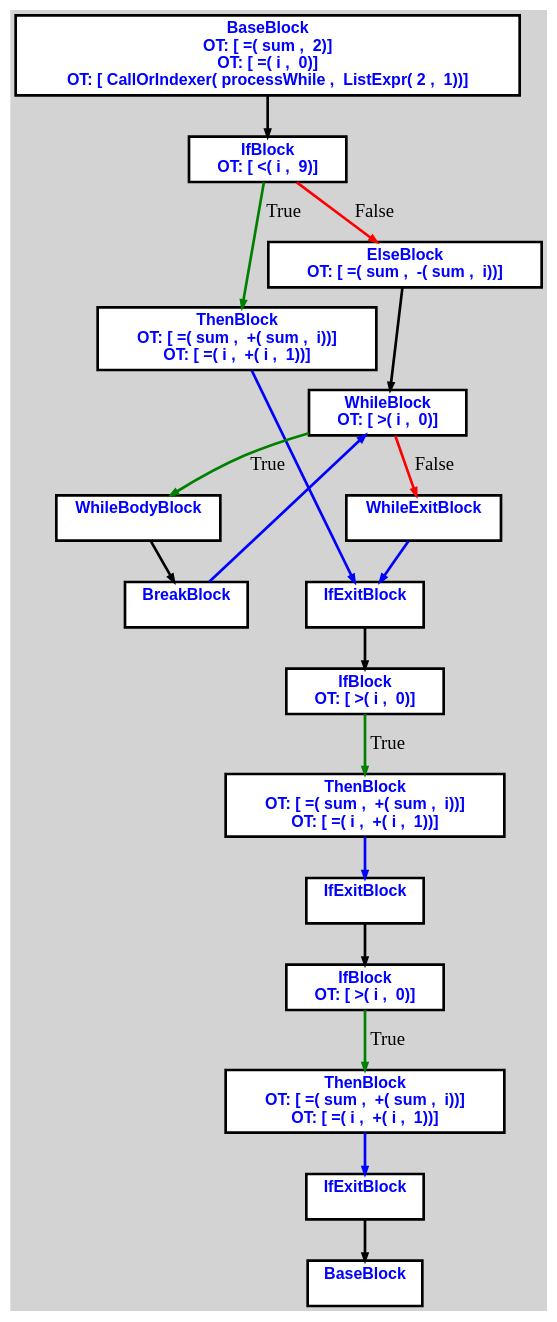
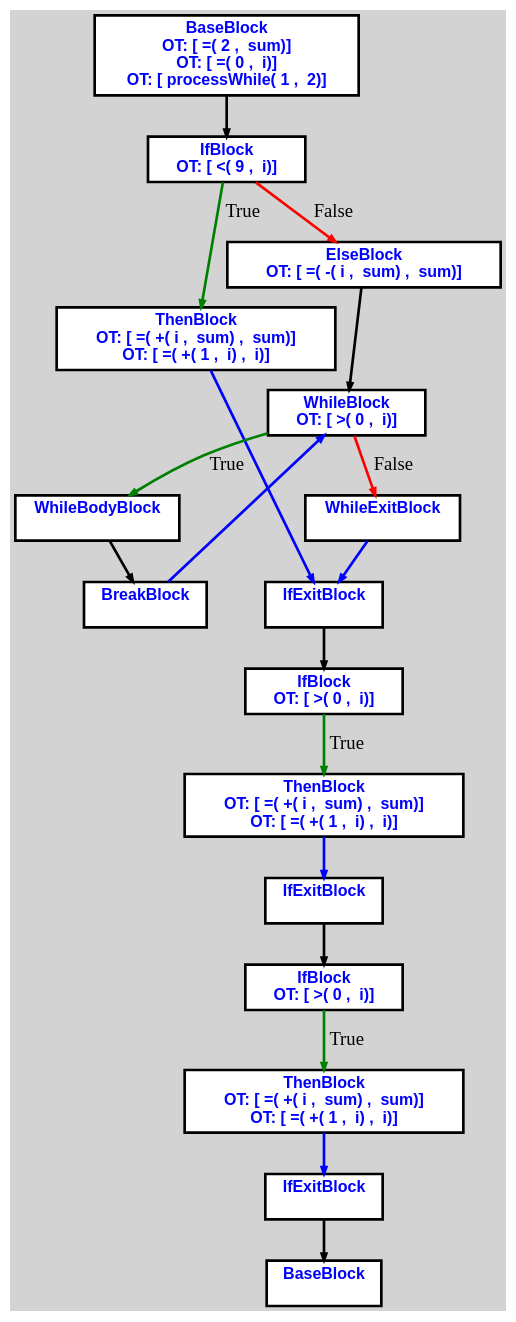
The diagram in cpoCompilerWin/cfgi0.dot (aveen007/CountingMonkeys), drawn with Graphviz before and after one commit. The commit also changed 9 other files, not shown here.

Commit message:
call or indexer

```diff
--- a/cpoCompilerWin/cfgi0.dot
+++ b/cpoCompilerWin/cfgi0.dot
@@ -1,54 +1,54 @@
 digraph G {
 ordering=out;
 ranksep=.4;
 bgcolor="lightgrey";  node [shape=box, fixedsize=false, fontsize=12, fontname="Helvetica-bold", fontcolor="blue"
 width=.25, height=.25, color="black", fillcolor="white", style="filled, solid, bold"];
 
-edge [arrowsize=.5, color="black", style="bold"]    n000012B83FEA34D0 [label="BaseBlock\n OT: [ =( sum ,  2)]
-OT: [ =( i ,  0)]
-OT: [ CallOrIndexer( processWhile ,  ListExpr( 2 ,  1))]
+edge [arrowsize=.5, color="black", style="bold"]    n0000120BA4EA34D0 [label="BaseBlock\n OT: [ =( 2 ,  sum)]
+OT: [ =( 0 ,  i)]
+OT: [ processWhile( 1 ,  2)]
 "]
-    n000012B83FEA35D0 [label="IfBlock\n OT: [ <( i ,  9)]
+    n0000120BA4EA35D0 [label="IfBlock\n OT: [ <( 9 ,  i)]
 "]
-    n000012B83FEA34D0 -> n000012B83FEA35D0
-    n000012B83FEA35D0 -> n000012B83FEA3610 [label="True" color="green"]
-    n000012B83FEA3610 [label="ThenBlock\n OT: [ =( sum ,  +( sum ,  i))]
-OT: [ =( i ,  +( i ,  1))]
+    n0000120BA4EA34D0 -> n0000120BA4EA35D0
+    n0000120BA4EA35D0 -> n0000120BA4EA3610 [label="True" color="green"]
+    n0000120BA4EA3610 [label="ThenBlock\n OT: [ =( +( i ,  sum) ,  sum)]
+OT: [ =( +( 1 ,  i) ,  i)]
 "]
-    n000012B83FEA35D0 -> n000012B83FEA3650 [label="False" color="red"]
-    n000012B83FEA3650 [label="ElseBlock\n OT: [ =( sum ,  -( sum ,  i))]
+    n0000120BA4EA35D0 -> n0000120BA4EA3650 [label="False" color="red"]
+    n0000120BA4EA3650 [label="ElseBlock\n OT: [ =( -( i ,  sum) ,  sum)]
 "]
-    n000012B83FEA3690 [label="WhileBlock\n OT: [ >( i ,  0)]
+    n0000120BA4EA3690 [label="WhileBlock\n OT: [ >( 0 ,  i)]
 "]
-    n000012B83FEA3650 -> n000012B83FEA3690
-	   n000012B83FEA3690 -> n000012B83FEA36D0 [ label = "True" color="green"]
-    n000012B83FEA36D0 [label="WhileBodyBlock\n "]
-    n000012B83FEA3710 [label="BreakBlock\n "]
-    n000012B83FEA36D0 -> n000012B83FEA3710
-    n000012B83FEA3710 -> n000012B83FEA3690 [ color="blue"]
-	   n000012B83FEA3690 -> n000012B83FEA3850 [ label = "False" color="red"]
-    n000012B83FEA3850 [label="WhileExitBlock\n "]
-    n000012B83FEA3850 -> n000012B83FEA3890 [color="blue"]
-    n000012B83FEA3610 -> n000012B83FEA3890 [ color="blue"]
-    n000012B83FEA3890 [label="IfExitBlock\n "]
-    n000012B83FEA38D0 [label="IfBlock\n OT: [ >( i ,  0)]
+    n0000120BA4EA3650 -> n0000120BA4EA3690
+	   n0000120BA4EA3690 -> n0000120BA4EA36D0 [ label = "True" color="green"]
+    n0000120BA4EA36D0 [label="WhileBodyBlock\n "]
+    n0000120BA4EA3710 [label="BreakBlock\n "]
+    n0000120BA4EA36D0 -> n0000120BA4EA3710
+    n0000120BA4EA3710 -> n0000120BA4EA3690 [ color="blue"]
+	   n0000120BA4EA3690 -> n0000120BA4EA3850 [ label = "False" color="red"]
+    n0000120BA4EA3850 [label="WhileExitBlock\n "]
+    n0000120BA4EA3850 -> n0000120BA4EA3890 [color="blue"]
+    n0000120BA4EA3610 -> n0000120BA4EA3890 [ color="blue"]
+    n0000120BA4EA3890 [label="IfExitBlock\n "]
+    n0000120BA4EA38D0 [label="IfBlock\n OT: [ >( 0 ,  i)]
 "]
-    n000012B83FEA3890 -> n000012B83FEA38D0
-    n000012B83FEA38D0 -> n000012B83FEA3910 [label="True" color="green"]
-    n000012B83FEA3910 [label="ThenBlock\n OT: [ =( sum ,  +( sum ,  i))]
-OT: [ =( i ,  +( i ,  1))]
+    n0000120BA4EA3890 -> n0000120BA4EA38D0
+    n0000120BA4EA38D0 -> n0000120BA4EA3910 [label="True" color="green"]
+    n0000120BA4EA3910 [label="ThenBlock\n OT: [ =( +( i ,  sum) ,  sum)]
+OT: [ =( +( 1 ,  i) ,  i)]
 "]
-    n000012B83FEA3910 -> n000012B83FEA3950 [ color="blue"]
-    n000012B83FEA3950 [label="IfExitBlock\n "]
-    n000012B83FEA3990 [label="IfBlock\n OT: [ >( i ,  0)]
+    n0000120BA4EA3910 -> n0000120BA4EA3950 [ color="blue"]
+    n0000120BA4EA3950 [label="IfExitBlock\n "]
+    n0000120BA4EA3990 [label="IfBlock\n OT: [ >( 0 ,  i)]
 "]
-    n000012B83FEA3950 -> n000012B83FEA3990
-    n000012B83FEA3990 -> n000012B83FEA39D0 [label="True" color="green"]
-    n000012B83FEA39D0 [label="ThenBlock\n OT: [ =( sum ,  +( sum ,  i))]
-OT: [ =( i ,  +( i ,  1))]
+    n0000120BA4EA3950 -> n0000120BA4EA3990
+    n0000120BA4EA3990 -> n0000120BA4EA39D0 [label="True" color="green"]
+    n0000120BA4EA39D0 [label="ThenBlock\n OT: [ =( +( i ,  sum) ,  sum)]
+OT: [ =( +( 1 ,  i) ,  i)]
 "]
-    n000012B83FEA39D0 -> n000012B83FEA3A10 [ color="blue"]
-    n000012B83FEA3A10 [label="IfExitBlock\n "]
-    n000012B83FEA3A50 [label="BaseBlock\n "]
-    n000012B83FEA3A10 -> n000012B83FEA3A50
+    n0000120BA4EA39D0 -> n0000120BA4EA3A10 [ color="blue"]
+    n0000120BA4EA3A10 [label="IfExitBlock\n "]
+    n0000120BA4EA3A50 [label="BaseBlock\n "]
+    n0000120BA4EA3A10 -> n0000120BA4EA3A50
 }
```
